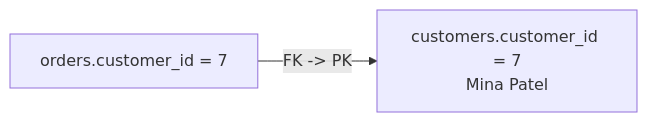
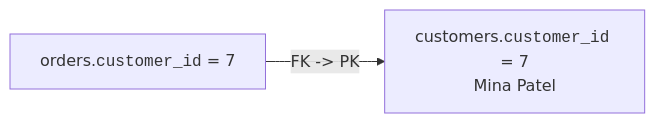
Before and after one commit to dataslope/dataslope: the second of 7 diagrams in content/learn/database-design-postgresql/foreign-keys.mdx, drawn with Mermaid. The commit also changed other lines of this file and 218 other files, not shown here.

First line of the commit message:
Render code-only mermaid shapes in monospace; convert step sequences to Steps (#467)

````diff
--- a/content/learn/database-design-postgresql/foreign-keys.mdx
+++ b/content/learn/database-design-postgresql/foreign-keys.mdx
@@ -36,4 +36,4 @@
 ```mermaid
 flowchart LR
-    O["orders.customer_id = 7"] -->|"FK -> PK"| C["customers.customer_id = 7<br/>Mina Patel"]
+    O["orders.<code>customer_id</code> = 7"] -->|"FK -> PK"| C["customers.<code>customer_id</code> = 7<br/>Mina Patel"]
 ```
````
